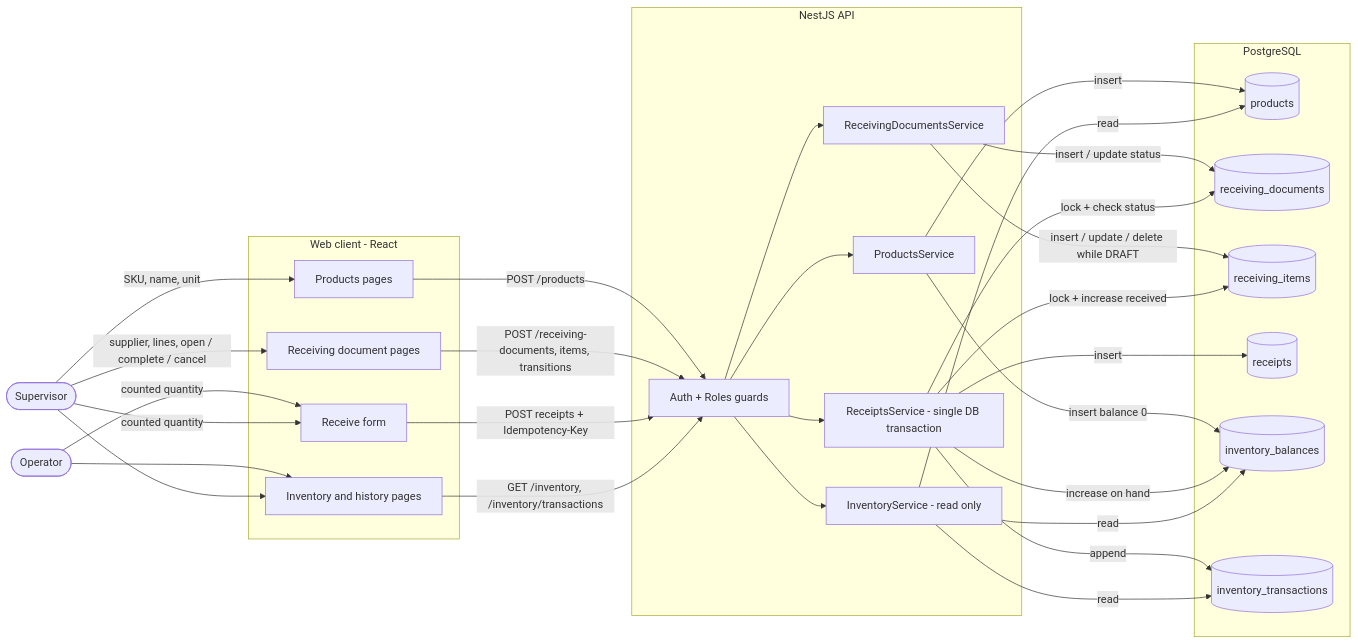
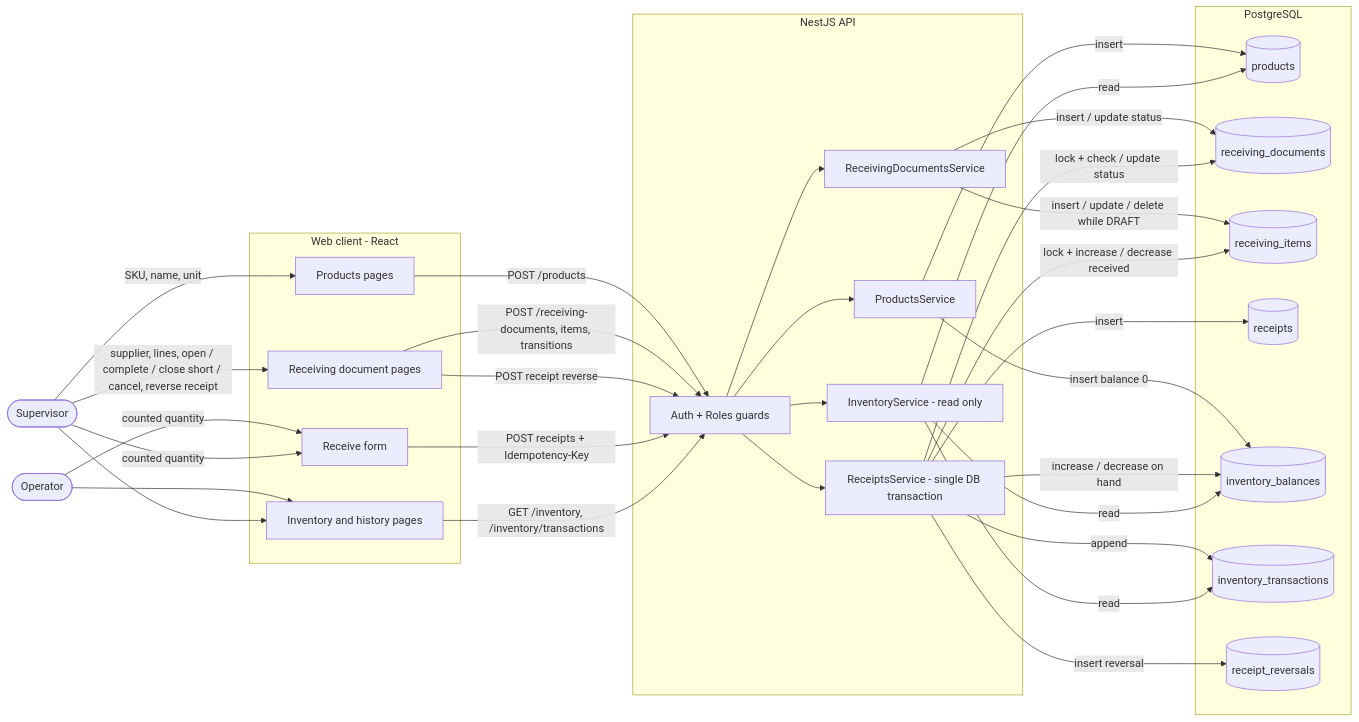
One commit to rowlys/wrs-warehouse-system changed the diagram in docs/data-flow.mmd. Above: the diagram before and after it, drawn with Mermaid. The commit also changed 9 other files, not shown here.

Commit message:
docs: resolve Q-01 close short and Q-02 receipt reversal (PRD v1.1)

```diff
--- a/docs/data-flow.mmd
+++ b/docs/data-flow.mmd
@@ -1,59 +1,62 @@
 %% Warehouse Receiving System - context data flow.
 %% Other diagrams: receipt-sequence.mmd (API flow), document-states.mmd (lifecycle).
 flowchart LR
   SUP([Supervisor])
   OPR([Operator])
 
   subgraph WEB[Web client - React]
     P1[Products pages]
     P2[Receiving document pages]
     P3[Receive form]
     P4[Inventory and history pages]
   end
 
   subgraph API[NestJS API]
     AUTH[Auth + Roles guards]
     PS[ProductsService]
     RDS[ReceivingDocumentsService]
     RS[ReceiptsService - single DB transaction]
     IS[InventoryService - read only]
   end
 
   subgraph DB[PostgreSQL]
     T1[(products)]
     T2[(receiving_documents)]
     T3[(receiving_items)]
     T4[(receipts)]
     T5[(inventory_balances)]
     T6[(inventory_transactions)]
+    T7[(receipt_reversals)]
   end
 
   SUP -->|SKU, name, unit| P1
-  SUP -->|supplier, lines, open / complete / cancel| P2
+  SUP -->|supplier, lines, open / complete / close short / cancel, reverse receipt| P2
   OPR -->|counted quantity| P3
   SUP -->|counted quantity| P3
   OPR --> P4
   SUP --> P4
 
   P1 -->|POST /products| AUTH
   P2 -->|POST /receiving-documents, items, transitions| AUTH
+  P2 -->|POST receipt reverse| AUTH
   P3 -->|POST receipts + Idempotency-Key| AUTH
   P4 -->|GET /inventory, /inventory/transactions| AUTH
 
   AUTH --> PS
   AUTH --> RDS
   AUTH --> RS
   AUTH --> IS
 
   PS -->|insert| T1
   PS -->|insert balance 0| T5
   RDS -->|insert / update status| T2
   RDS -->|insert / update / delete while DRAFT| T3
-  RS -->|lock + check status| T2
-  RS -->|lock + increase received| T3
+  RS -->|lock + check / update status| T2
+  RS -->|lock + increase / decrease received| T3
   RS -->|insert| T4
-  RS -->|increase on hand| T5
+  RS -->|insert reversal| T7
+  RS -->|increase / decrease on hand| T5
   RS -->|append| T6
   IS -->|read| T5
   IS -->|read| T6
   IS -->|read| T1
```
